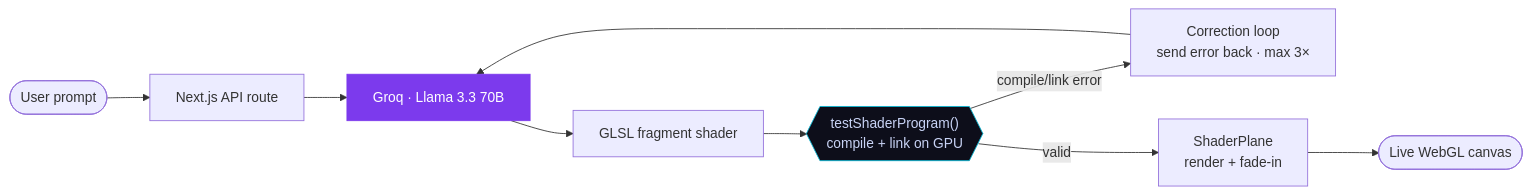
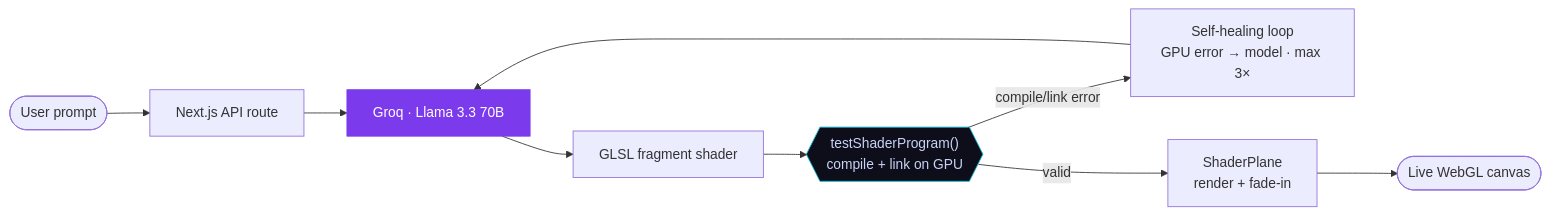
Before and after one commit to CamiloCalder0n/shade-ai: the diagram in README.md, drawn with Mermaid. The commit also changed other lines of this file and 7 other files, not shown here.

````diff
--- a/README.md
+++ b/README.md
@@ -27,16 +59,16 @@
 ```mermaid
 flowchart LR
   U([User prompt]) --> API[Next.js API route]
   API --> G["Groq · Llama 3.3 70B"]
   G --> GLSL[GLSL fragment shader]
   GLSL --> V{{"testShaderProgram()<br/>compile + link on GPU"}}
-  V -- "compile/link error" --> FIX["Correction loop<br/>send error back · max 3×"]
+  V -- "compile/link error" --> FIX["Self-healing loop<br/>GPU error → model · max 3×"]
   FIX --> G
   V -- valid --> R["ShaderPlane<br/>render + fade-in"]
   R --> C([Live WebGL canvas])
 
   classDef accent fill:#7c3aed,stroke:#7c3aed,color:#fff;
   classDef check fill:#0d0e1a,stroke:#06b6d4,color:#c8d3f5;
   class G accent;
   class V check;
 ```
````
